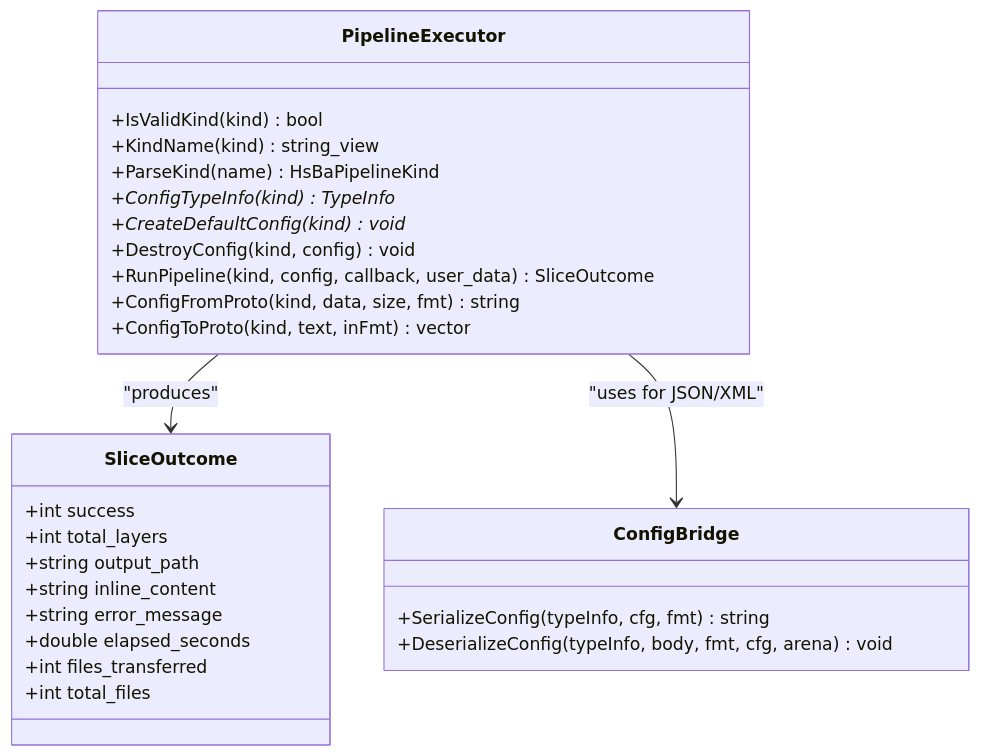
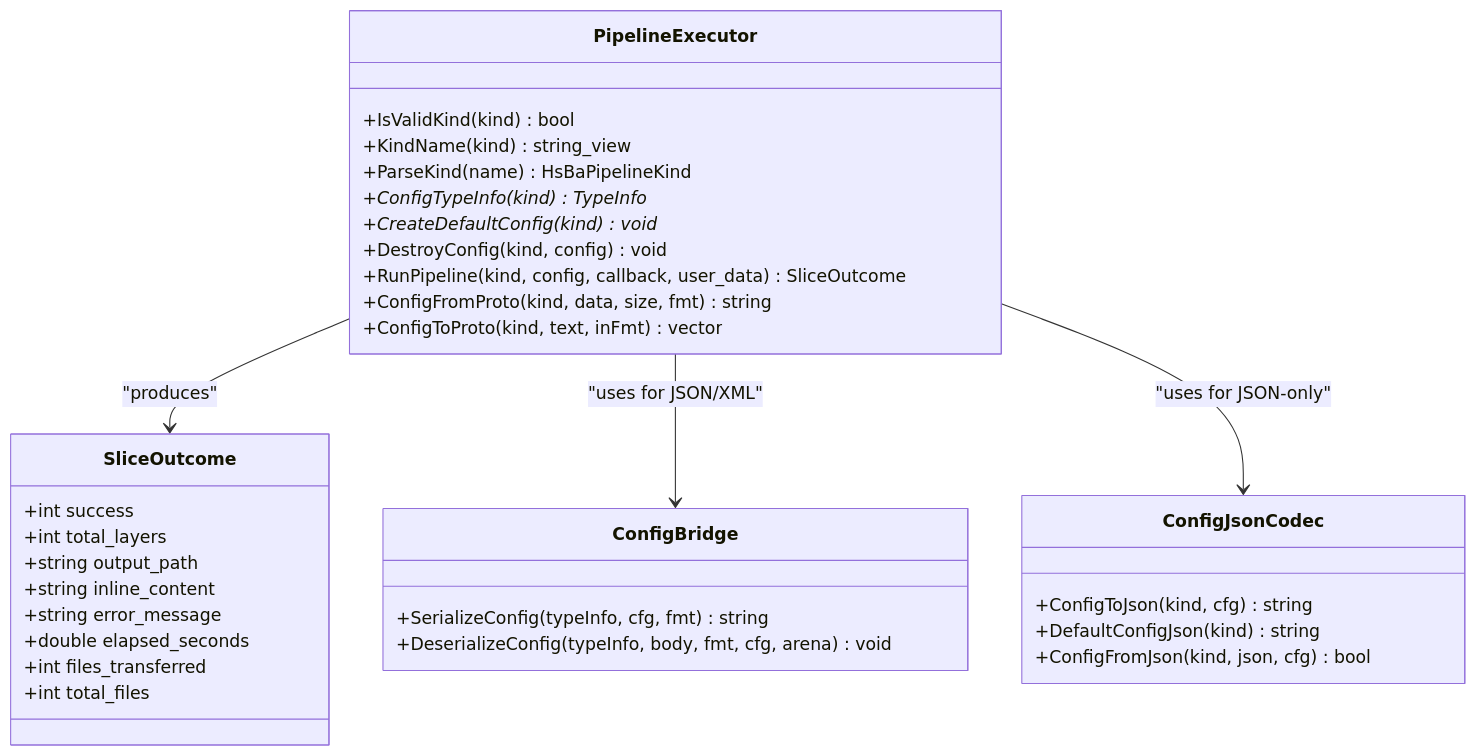
One commit to hsmbanlance/HsBaSlicer changed the ninth of 10 diagrams in .qoder/repowiki/en/content/Core Modules/REST API Server.md. Above: the diagram before and after it, drawn with Mermaid. The commit also changed other lines of this file and 172 other files, not shown here.

````diff
--- a/.qoder/repowiki/en/content/Core Modules/REST API Server.md
+++ b/.qoder/repowiki/en/content/Core Modules/REST API Server.md
@@ -411,30 +475,36 @@
 ```mermaid
 classDiagram
 class PipelineExecutor {
 +IsValidKind(kind) bool
 +KindName(kind) string_view
 +ParseKind(name) HsBaPipelineKind
 +ConfigTypeInfo(kind) TypeInfo*
 +CreateDefaultConfig(kind) void*
 +DestroyConfig(kind, config) void
 +RunPipeline(kind, config, callback, user_data) SliceOutcome
 +ConfigFromProto(kind, data, size, fmt) string
 +ConfigToProto(kind, text, inFmt) vector<unsigned char>
 }
 class SliceOutcome {
 +int success
 +int total_layers
 +string output_path
 +string inline_content
 +string error_message
 +double elapsed_seconds
 +int files_transferred
 +int total_files
 }
 class ConfigBridge {
 +SerializeConfig(typeInfo, cfg, fmt) string
 +DeserializeConfig(typeInfo, body, fmt, cfg, arena) void
 }
+class ConfigJsonCodec {
++ConfigToJson(kind, cfg) string
++DefaultConfigJson(kind) string
++ConfigFromJson(kind, json, cfg) bool
+}
 PipelineExecutor --> SliceOutcome : "produces"
 PipelineExecutor --> ConfigBridge : "uses for JSON/XML"
+PipelineExecutor --> ConfigJsonCodec : "uses for JSON-only"
 ```
````
